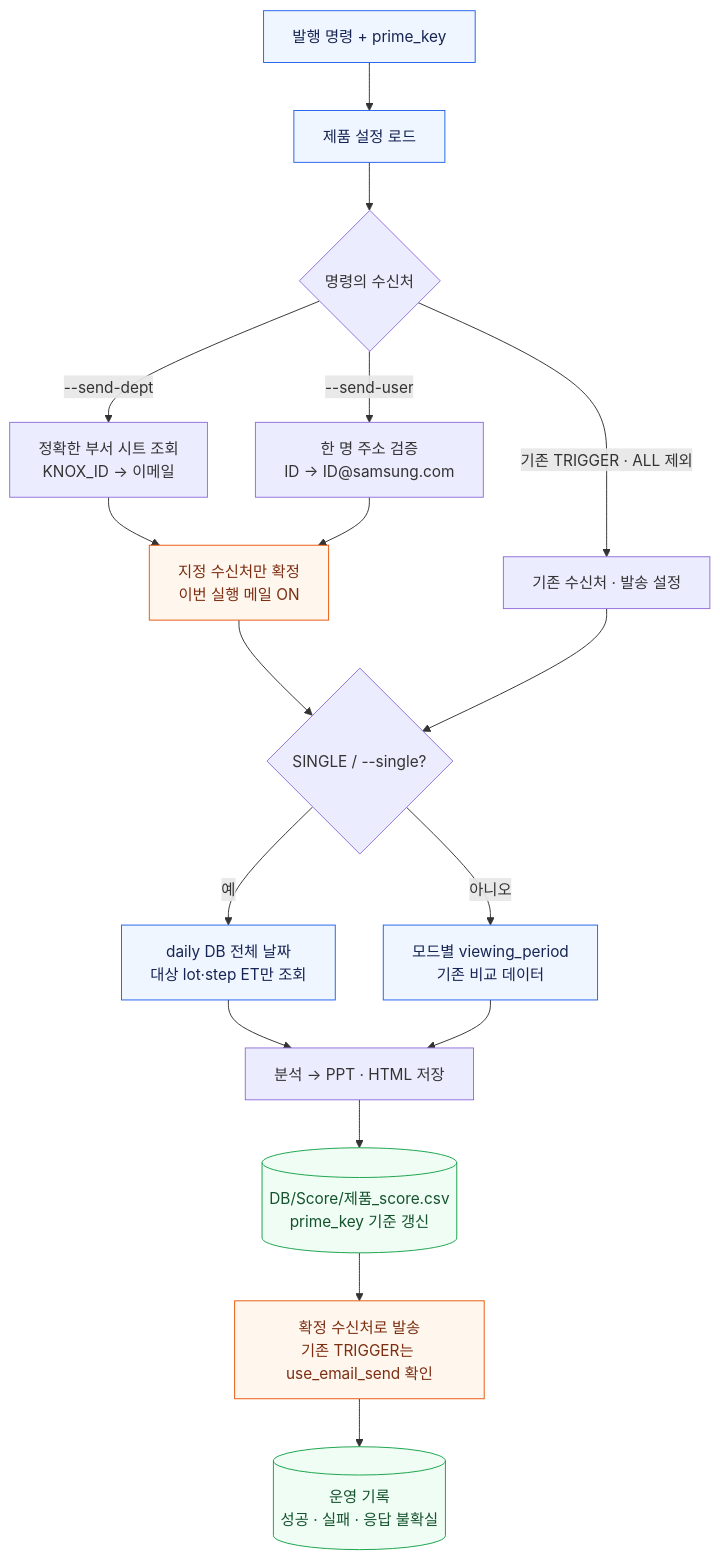
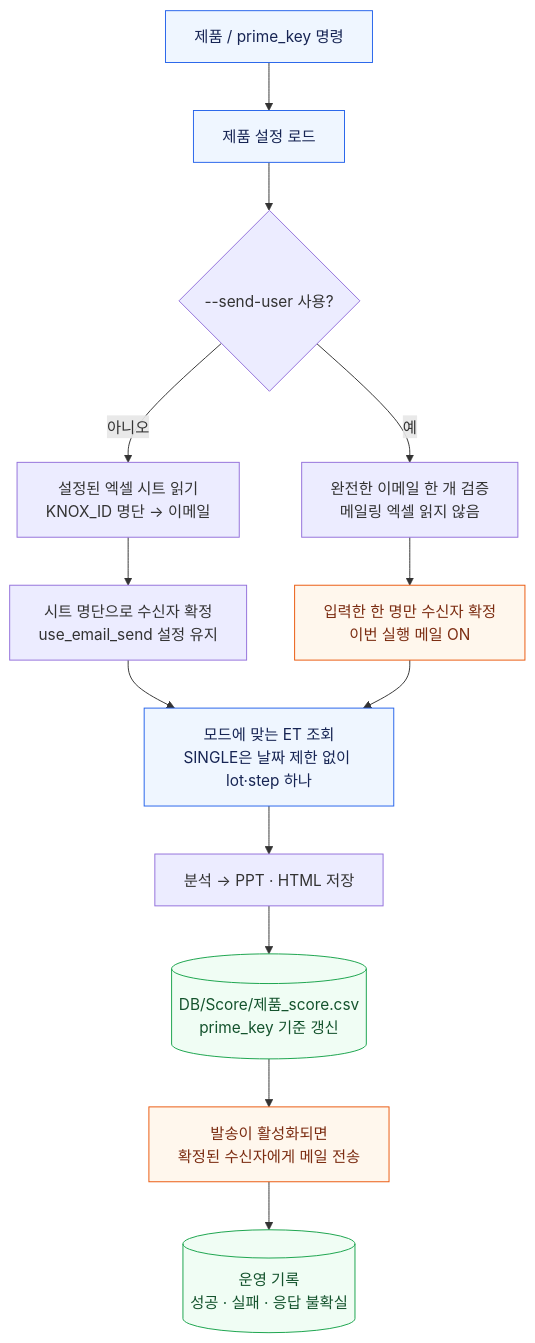
The third of 3 diagrams in README.md (goood2280/Auto_report), drawn with Mermaid before and after one commit. The commit also changed other lines of this file and 5 other files, not shown here.

Commit message:
Simplify mail routing and clean report configuration code

````diff
--- a/README.md
+++ b/README.md
@@ -405,25 +411,21 @@
 ```mermaid
 flowchart TD
-    CMD["발행 명령 + prime_key"] --> CFG["제품 설정 로드"]
-    CFG --> ROUTE{"명령의 수신처"}
-    ROUTE -->|"--send-dept"| DEPT["정확한 부서 시트 조회<br/>KNOX_ID → 이메일"]
-    ROUTE -->|"--send-user"| USER["한 명 주소 검증<br/>ID → ID@samsung.com"]
-    ROUTE -->|"기존 TRIGGER · ALL 제외"| DEFAULT["기존 수신처 · 발송 설정"]
-    DEPT --> EXPLICIT["지정 수신처만 확정<br/>이번 실행 메일 ON"]
-    USER --> EXPLICIT
-    EXPLICIT --> SCOPE{"SINGLE / --single?"}
-    DEFAULT --> SCOPE
-    SCOPE -->|"예"| ONE["daily DB 전체 날짜<br/>대상 lot·step ET만 조회"]
-    SCOPE -->|"아니오"| PERIOD["모드별 viewing_period<br/>기존 비교 데이터"]
-    ONE --> REPORT["분석 → PPT · HTML 저장"]
-    PERIOD --> REPORT
+    CMD["제품 / prime_key 명령"] --> CFG["제품 설정 로드"]
+    CFG --> ROUTE{"--send-user 사용?"}
+    ROUTE -->|"아니오"| SHEET["설정된 엑셀 시트 읽기<br/>KNOX_ID 명단 → 이메일"]
+    ROUTE -->|"예"| USER["완전한 이메일 한 개 검증<br/>메일링 엑셀 읽지 않음"]
+    SHEET --> DEFAULT["시트 명단으로 수신자 확정<br/>use_email_send 설정 유지"]
+    USER --> ONE["입력한 한 명만 수신자 확정<br/>이번 실행 메일 ON"]
+    DEFAULT --> SCOPE["모드에 맞는 ET 조회<br/>SINGLE은 날짜 제한 없이 lot·step 하나"]
+    ONE --> SCOPE
+    SCOPE --> REPORT["분석 → PPT · HTML 저장"]
     REPORT --> SCORE[("DB/Score/제품_score.csv<br/>prime_key 기준 갱신")]
-    SCORE --> MAIL["확정 수신처로 발송<br/>기존 TRIGGER는 use_email_send 확인"]
+    SCORE --> MAIL["발송이 활성화되면<br/>확정된 수신자에게 메일 전송"]
     MAIL --> OPS[("운영 기록<br/>성공 · 실패 · 응답 불확실")]
     classDef command fill:#eff6ff,stroke:#2563eb,color:#172554;
     classDef store fill:#f0fdf4,stroke:#16a34a,color:#14532d;
     classDef send fill:#fff7ed,stroke:#ea580c,color:#7c2d12;
-    class CMD,CFG,ONE,PERIOD command;
+    class CMD,CFG,SCOPE command;
     class SCORE,OPS store;
-    class EXPLICIT,MAIL send;
+    class ONE,MAIL send;
 ```
````
